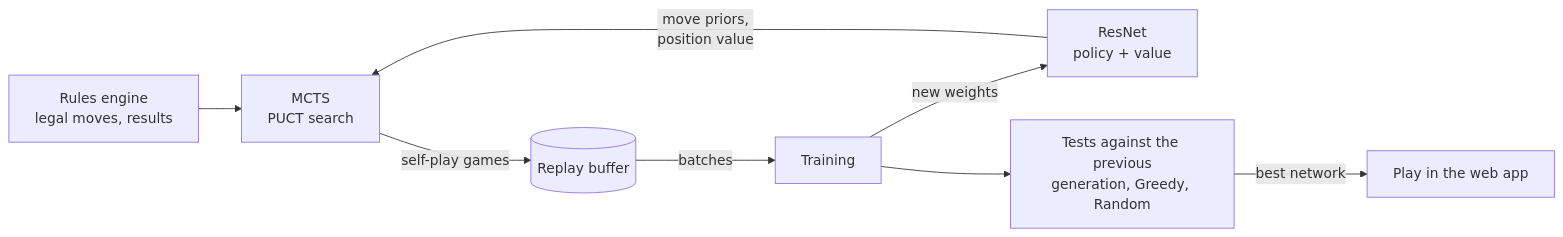
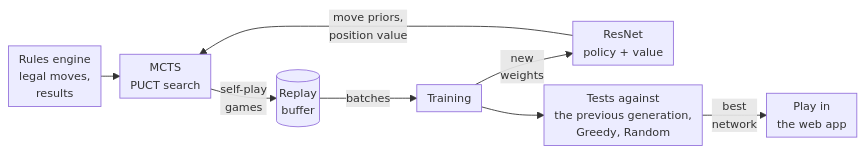
Before and after one commit to Aditya-00786/csf407-fable-chaturanga-zero: the second of 2 diagrams in README.md, drawn with Mermaid. The commit also changed other lines of this file and 8 other files, not shown here.

First line of the commit message:
docs: full diagrams again, sized to fit a screen; Milestone 4 at 95%

````diff
--- a/README.md
+++ b/README.md
@@ -72,10 +72,11 @@
 ```mermaid
+%%{init: {"flowchart": {"nodeSpacing": 16, "rankSpacing": 22, "padding": 6, "diagramPadding": 4, "subGraphTitleMargin": {"top": 4, "bottom": 4}}, "themeVariables": {"fontSize": "13px"}}}%%
 flowchart LR
-    R[Rules engine<br/>legal moves, results] --> S[MCTS<br/>PUCT search]
+    R[Rules engine<br/>legal moves,<br/>results] --> S[MCTS<br/>PUCT search]
     N[ResNet<br/>policy + value] -- move priors,<br/>position value --> S
-    S -- self-play games --> B[(Replay buffer)]
+    S -- self-play<br/>games --> B[(Replay<br/>buffer)]
     B -- batches --> T[Training]
-    T -- new weights --> N
-    T --> E[Tests against the previous<br/>generation, Greedy, Random]
-    E -- best network --> P[Play in the web app]
+    T -- new<br/>weights --> N
+    T --> E[Tests against<br/>the previous generation,<br/>Greedy, Random]
+    E -- best<br/>network --> P[Play in<br/>the web app]
 ```
````
